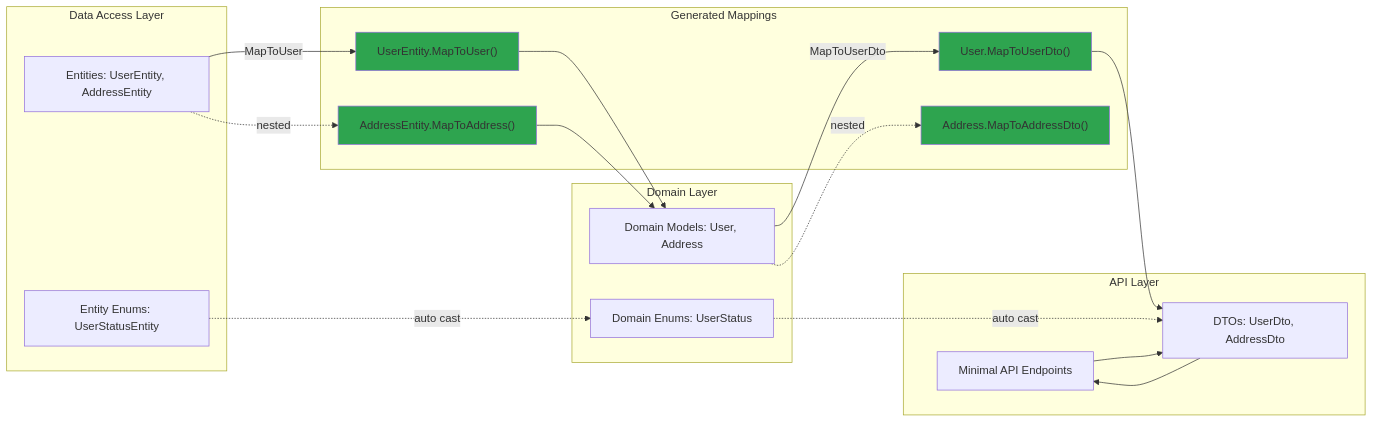
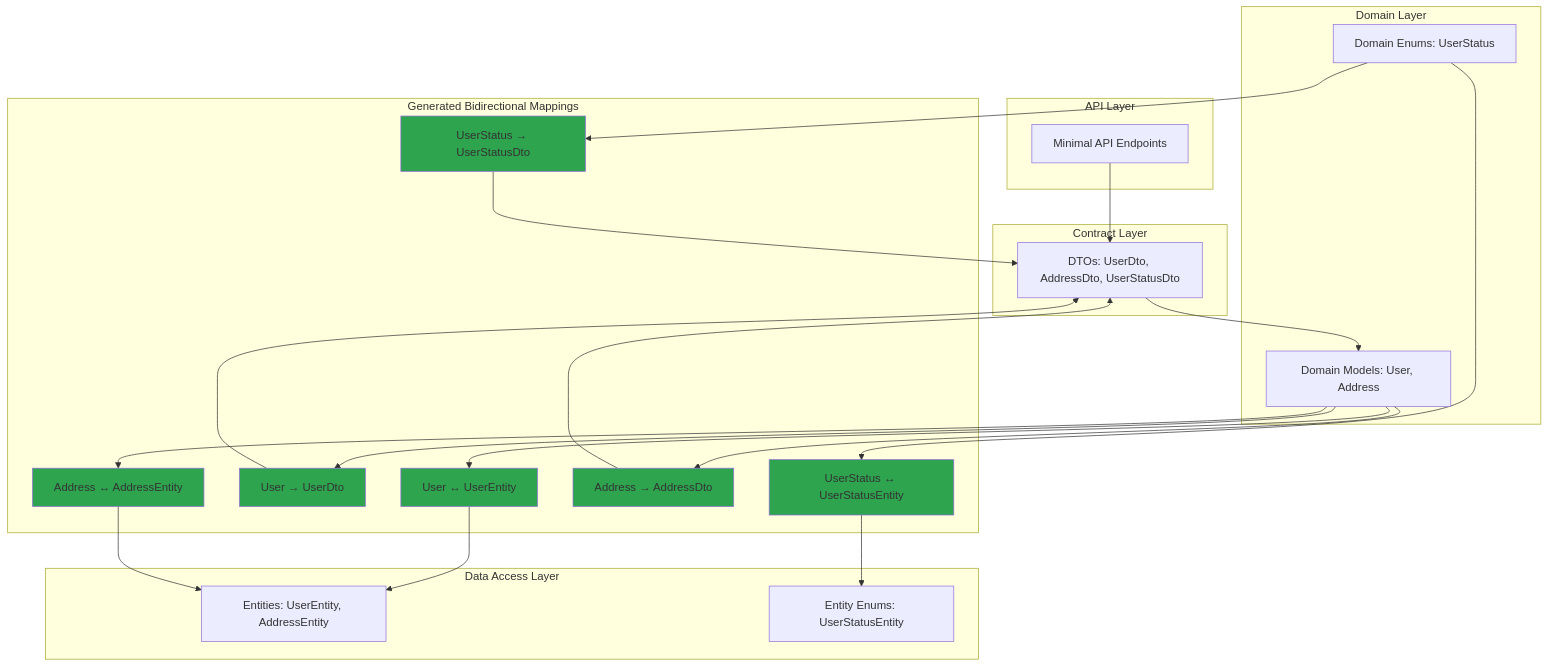
The first of 2 diagrams in docs/samples/Mapping.md (atc-net/atc-source-generators), drawn with Mermaid before and after one commit. The commit also changed other lines of this file and 23 other files, not shown here.

````diff
--- a/docs/samples/Mapping.md
+++ b/docs/samples/Mapping.md
@@ -22,44 +23,51 @@
 ```mermaid
-graph LR
+graph TB
     subgraph "API Layer"
         API[Minimal API Endpoints]
-        DTO[DTOs: UserDto, AddressDto]
+    end
+
+    subgraph "Contract Layer"
+        DTO[DTOs: UserDto, AddressDto, UserStatusDto]
     end
 
     subgraph "Domain Layer"
         DM[Domain Models: User, Address]
         DE[Domain Enums: UserStatus]
     end
 
     subgraph "Data Access Layer"
         ENT[Entities: UserEntity, AddressEntity]
         EE[Entity Enums: UserStatusEntity]
     end
 
-    subgraph "Generated Mappings"
-        M1["UserEntity.MapToUser()"]
-        M2["User.MapToUserDto()"]
-        M3["AddressEntity.MapToAddress()"]
-        M4["Address.MapToAddressDto()"]
+    subgraph "Generated Bidirectional Mappings"
+        M1["User ↔ UserEntity"]
+        M2["User → UserDto"]
+        M3["Address ↔ AddressEntity"]
+        M4["Address → AddressDto"]
+        M5["UserStatus ↔ UserStatusEntity"]
+        M6["UserStatus → UserStatusDto"]
     end
 
-    ENT -->|MapToUser| M1
-    M1 --> DM
-    DM -->|MapToUserDto| M2
+    API --> DTO
+    DTO --> DM
+    DM --> M1
+    DM --> M2
+    DM --> M3
+    DM --> M4
+    DE --> M5
+    DE --> M6
+    M1 --> ENT
+    M3 --> ENT
+    M5 --> EE
     M2 --> DTO
-
-    EE -.->|auto cast| DE
-    DE -.->|auto cast| DTO
-
-    ENT -.->|nested| M3
-    M3 --> DM
-    DM -.->|nested| M4
-
-    API --> DTO
-    DTO --> API
+    M4 --> DTO
+    M6 --> DTO
 
     style M1 fill:#2ea44f
     style M2 fill:#2ea44f
     style M3 fill:#2ea44f
     style M4 fill:#2ea44f
+    style M5 fill:#2ea44f
+    style M6 fill:#2ea44f
 ```
````
